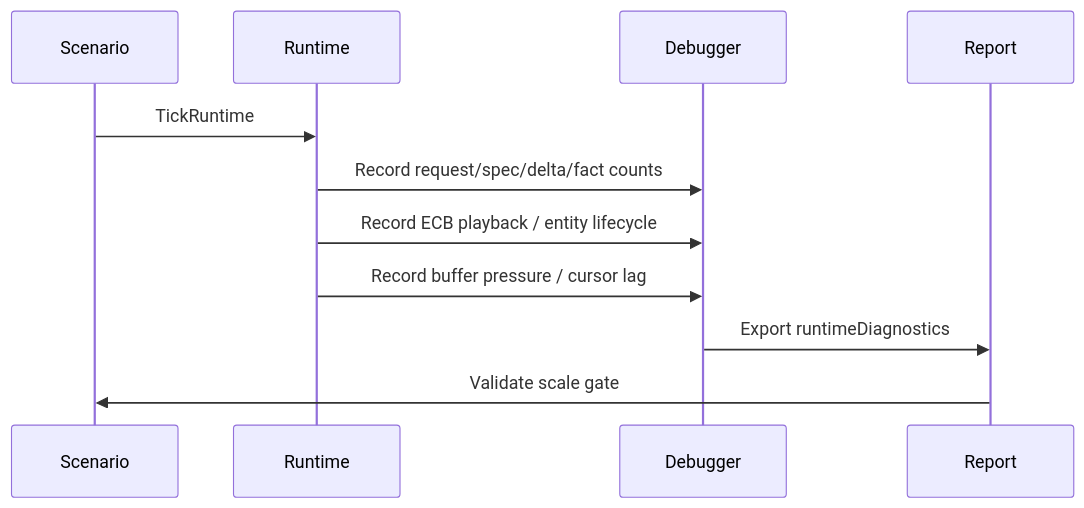
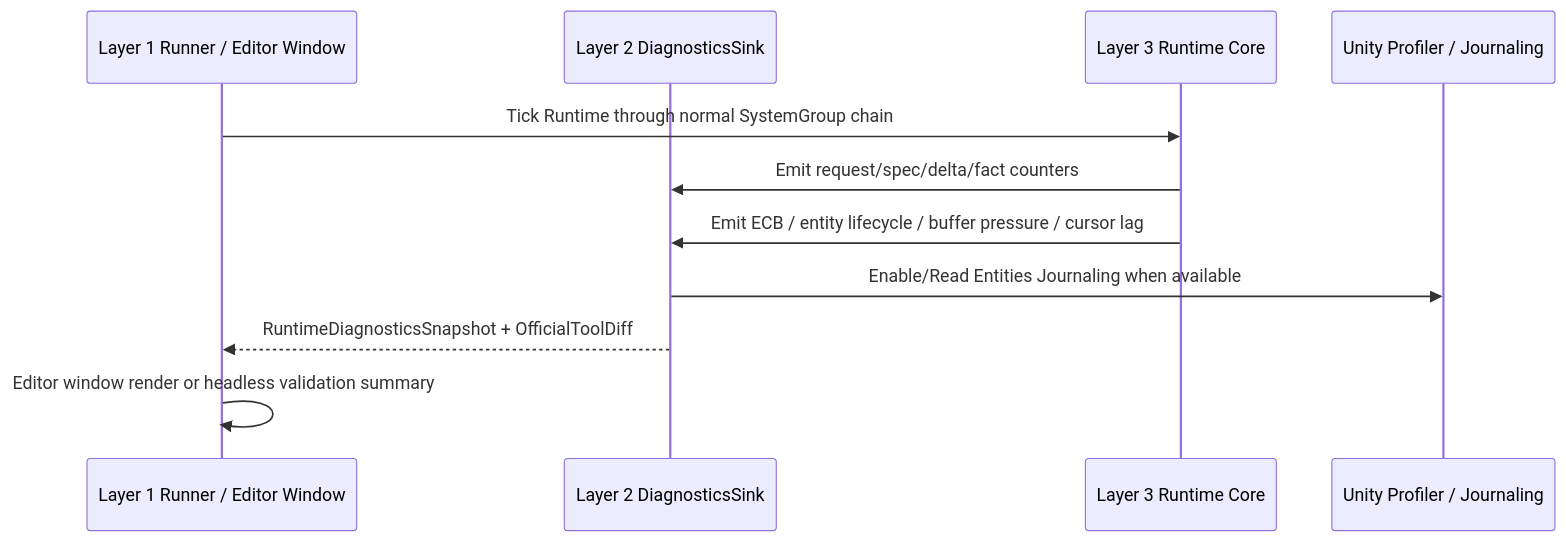
One commit to Bo-ki/gameplay-ability-system-for-unity changed the third of 3 diagrams in 方案讨论/针对2.0的ECS架构的迭代方案讨论/01-目标态架构共识/07-RuntimeCoreDebuggerSpec.md. Above: the diagram before and after it, drawn with Mermaid. The commit also changed other lines of this file and 72 other files, not shown here.

````diff
--- a/方案讨论/针对2.0的ECS架构的迭代方案讨论/01-目标态架构共识/07-RuntimeCoreDebuggerSpec.md
+++ b/方案讨论/针对2.0的ECS架构的迭代方案讨论/01-目标态架构共识/07-RuntimeCoreDebuggerSpec.md
@@ -56,14 +61,14 @@
 ```mermaid
 sequenceDiagram
-    participant Scenario
-    participant Runtime
-    participant Debugger
-    participant Report
+    participant Shell as Layer 1 Runner / Editor Window
+    participant Boundary as Layer 2 DiagnosticsSink
+    participant Runtime as Layer 3 Runtime Core
+    participant Unity as Unity Profiler / Journaling
 
-    Scenario->>Runtime: TickRuntime
-    Runtime->>Debugger: Record request/spec/delta/fact counts
-    Runtime->>Debugger: Record ECB playback / entity lifecycle
-    Runtime->>Debugger: Record buffer pressure / cursor lag
-    Debugger->>Report: Export runtimeDiagnostics
-    Report->>Scenario: Validate scale gate
+    Shell->>Runtime: Tick Runtime through normal SystemGroup chain
+    Runtime->>Boundary: Emit request/spec/delta/fact counters
+    Runtime->>Boundary: Emit ECB / entity lifecycle / buffer pressure / cursor lag
+    Boundary->>Unity: Enable/Read Entities Journaling when available
+    Boundary-->>Shell: RuntimeDiagnosticsSnapshot + OfficialToolDiff
+    Shell->>Shell: Editor window render or headless validation summary
 ```
````
